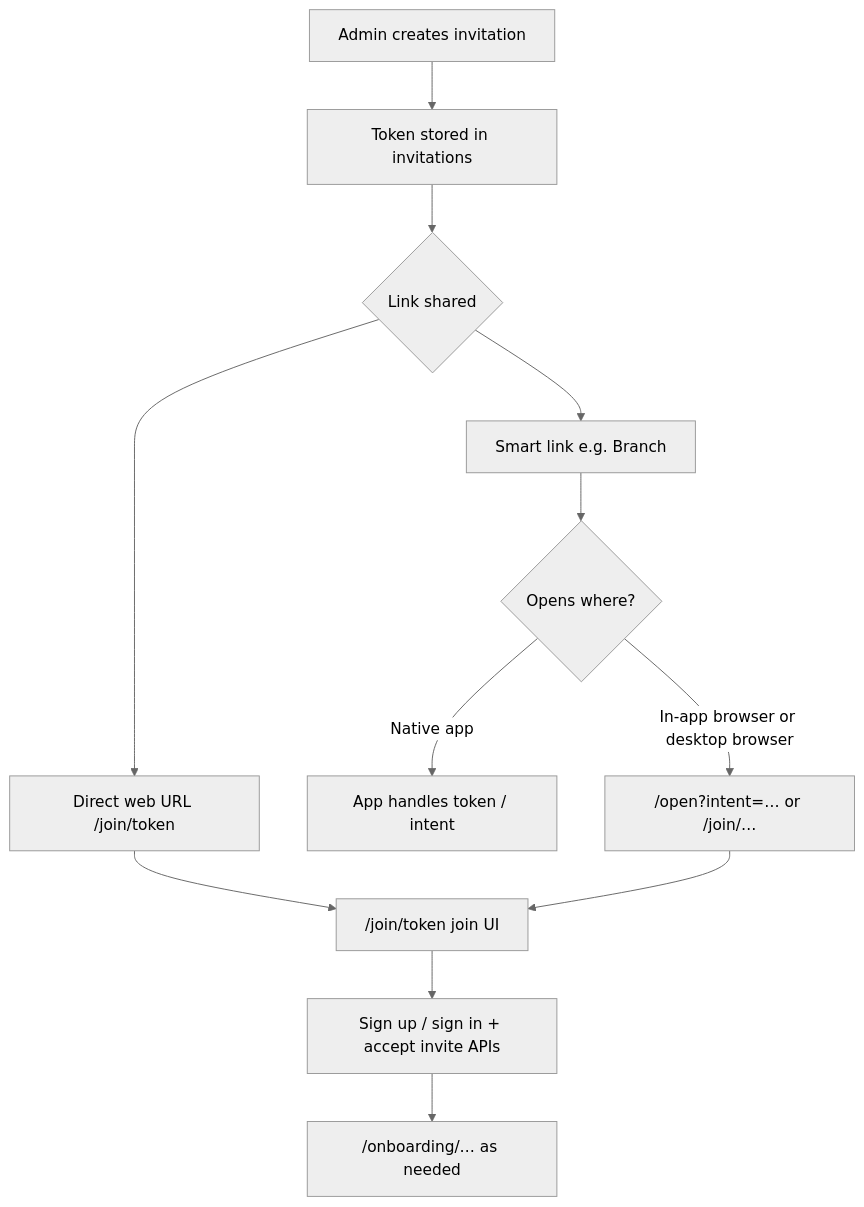
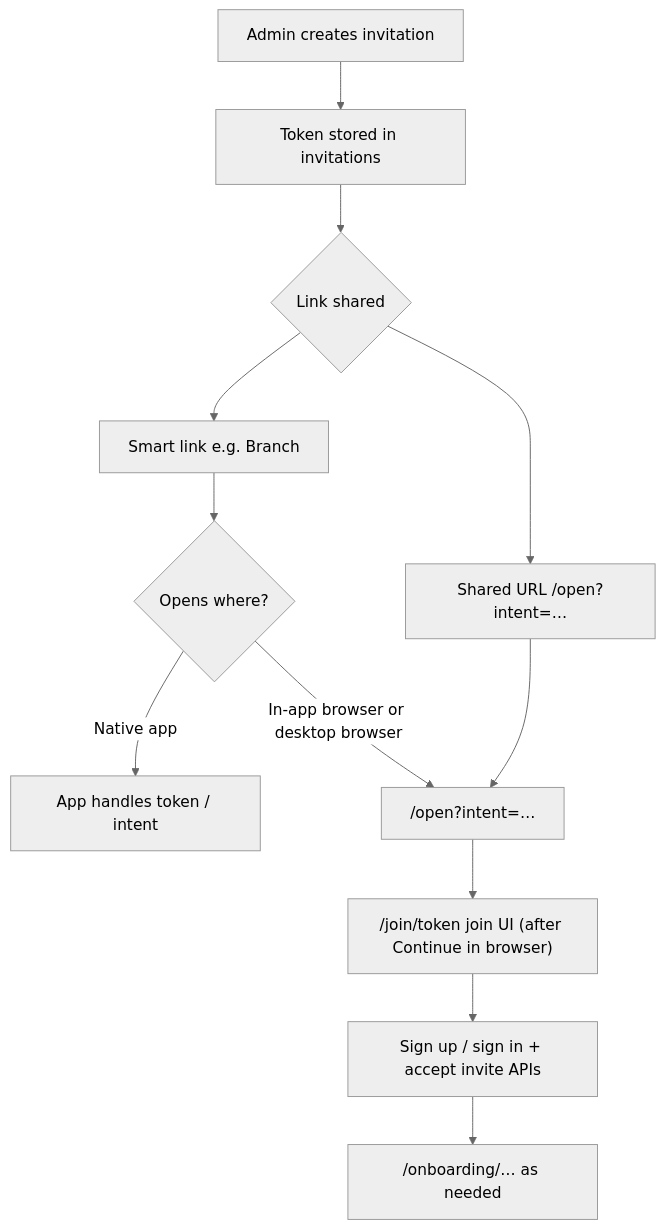
One commit to Trailblaizedevelopment/greekspeed changed the diagram in docs/development/features/invite-branch-web-flow.md. Above: the diagram before and after it, drawn with Mermaid (neutral theme). The commit also changed other lines of this file and 6 other files, not shown here.

First line of the commit message:
feat: route shared invites and event emails through /open bridge

````diff
--- a/docs/development/features/invite-branch-web-flow.md
+++ b/docs/development/features/invite-branch-web-flow.md
@@ -19,14 +19,14 @@
 ```mermaid
 flowchart TD
   A[Admin creates invitation] --> B[Token stored in invitations]
   B --> C{Link shared}
   C --> D[Smart link e.g. Branch]
-  C --> E[Direct web URL /join/token]
+  C --> E[Shared URL /open?intent=…]
   D --> F{Opens where?}
   F -->|Native app| G[App handles token / intent]
-  F -->|In-app browser or desktop browser| H["/open?intent=… or /join/…"]
-  E --> I["/join/token join UI"]
-  H --> I
+  F -->|In-app browser or desktop browser| H["/open?intent=…"]
+  E --> H
+  H --> I["/join/token join UI (after Continue in browser)"]
   I --> J[Sign up / sign in + accept invite APIs]
   J --> K["/onboarding/… as needed"]
 ```
````
